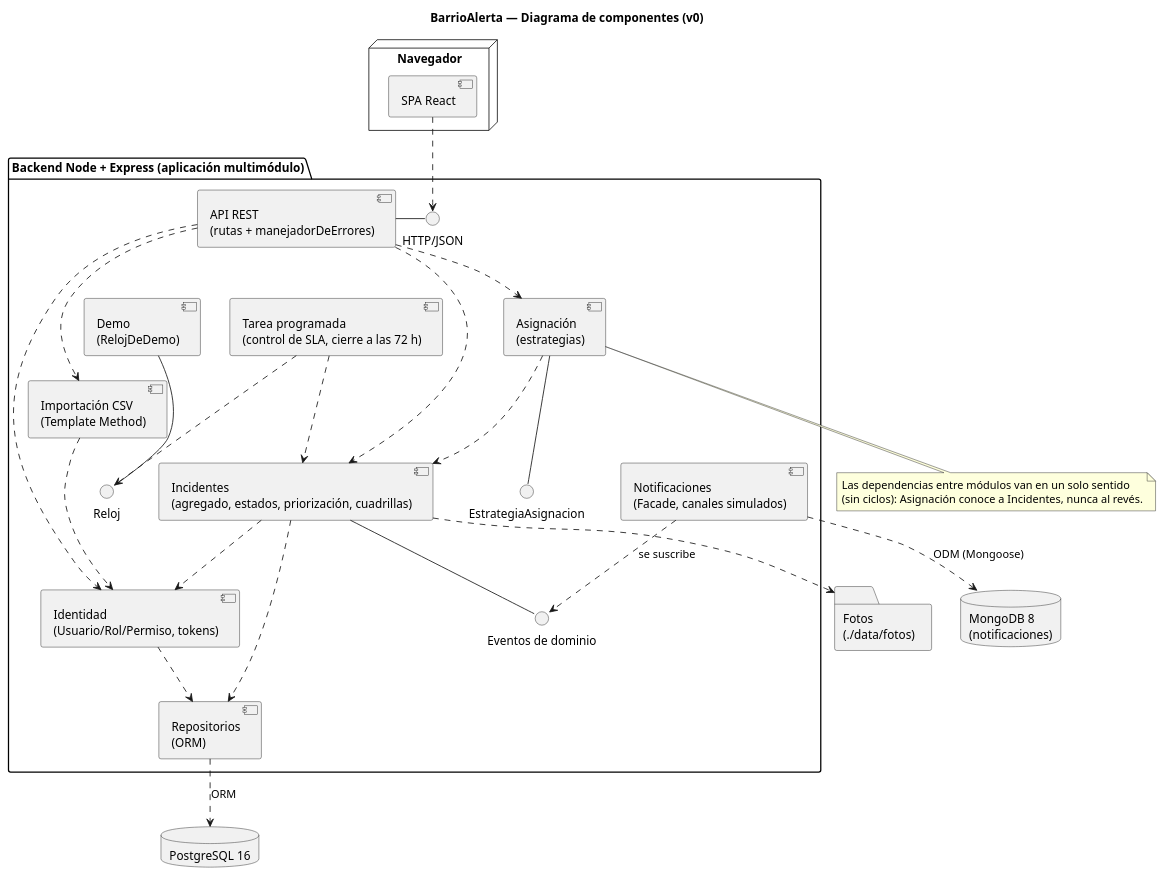
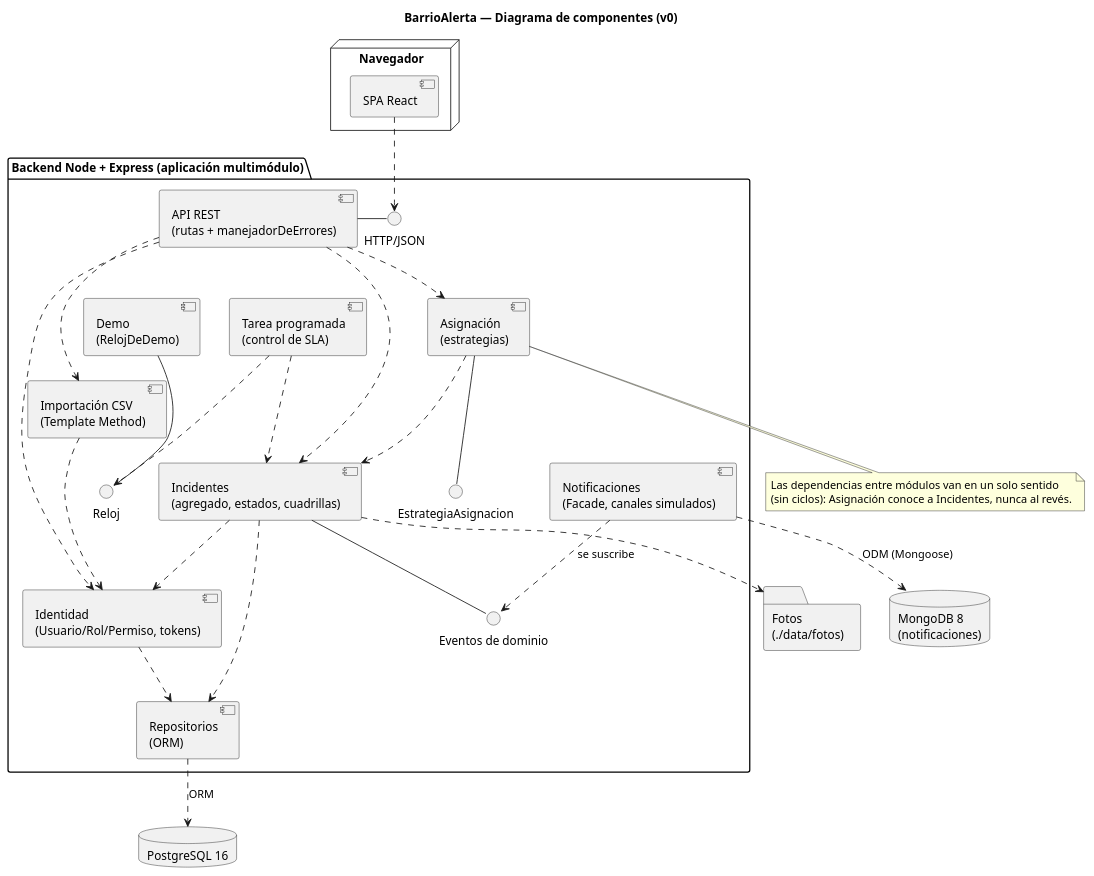
One commit to tolmedo/barrioalerta changed the diagram in docs/diagramas/componentes.puml. Above: the diagram before and after it, drawn with PlantUML. The commit also changed 19 other files, not shown here.

```diff
--- a/docs/diagramas/componentes.puml
+++ b/docs/diagramas/componentes.puml
@@ -1,58 +1,58 @@
 @startuml componentes
 title BarrioAlerta — Diagrama de componentes (v0)
 skinparam componentStyle uml2
 
 node "Navegador" {
   [SPA React] as SPA
 }
 
 package "Backend Node + Express (aplicación multimódulo)" {
   [API REST\n(rutas + manejadorDeErrores)] as API
   interface "HTTP/JSON" as HTTP
   API - HTTP
 
   [Identidad\n(Usuario/Rol/Permiso, tokens)] as Identidad
-  [Incidentes\n(agregado, estados, priorización, cuadrillas)] as Incidentes
+  [Incidentes\n(agregado, estados, cuadrillas)] as Incidentes
   [Asignación\n(estrategias)] as Asignacion
   [Notificaciones\n(Facade, canales simulados)] as Notificaciones
   [Importación CSV\n(Template Method)] as Importacion
-  [Tarea programada\n(control de SLA, cierre a las 72 h)] as Planificador
+  [Tarea programada\n(control de SLA)] as Planificador
   [Demo\n(RelojDeDemo)] as Demo
   [Repositorios\n(ORM)] as Repos
 
   interface "EstrategiaAsignacion" as PuertoAsignacion
   interface "Eventos de dominio" as Eventos
   interface "Reloj" as Reloj
 
   Asignacion -- PuertoAsignacion
   Incidentes -- Eventos
   Notificaciones ..> Eventos : se suscribe
   Demo -- Reloj
   Planificador ..> Reloj
 
   API ..> Identidad
   API ..> Incidentes
   API ..> Asignacion
   API ..> Importacion
   Asignacion ..> Incidentes
   Importacion ..> Identidad
   Planificador ..> Incidentes
   Incidentes ..> Identidad
   Incidentes ..> Repos
   Identidad ..> Repos
 }
 
 database "PostgreSQL 16" as DB
 database "MongoDB 8\n(notificaciones)" as Mongo
 folder "Fotos\n(./data/fotos)" as Fotos
 
 SPA ..> HTTP
 Repos ..> DB : ORM
 Notificaciones ..> Mongo : ODM (Mongoose)
 Incidentes ..> Fotos
 
 note bottom of Asignacion
   Las dependencias entre módulos van en un solo sentido
   (sin ciclos): Asignación conoce a Incidentes, nunca al revés.
 end note
 @enduml
```
